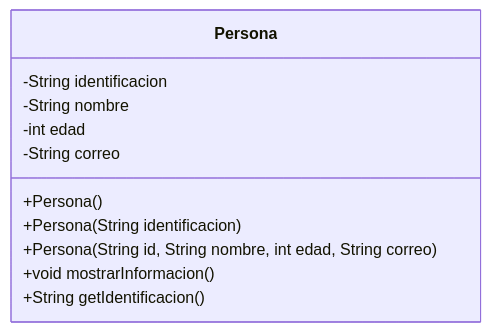
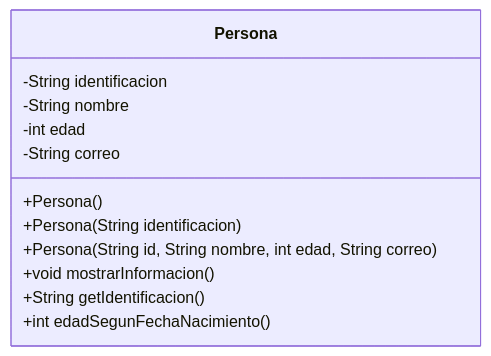
Before and after one commit to uniajc-gperezm/maven-repo-411: the first of 2 diagrams in PERSONA.md, drawn with Mermaid. The commit also changed other lines of this file and 1 other file, not shown here.

Commit message:
feat: añade un método para devolver la edad de la persona en años segun su fecha de nacimiento y actualiza el diagrama de clase para incluir el nuevo método

````diff
--- a/PERSONA.md
+++ b/PERSONA.md
@@ -3,14 +3,15 @@
 ```mermaid
 classDiagram
 	class Persona {
 		-String identificacion
 		-String nombre
 		-int edad
 		-String correo
 		+Persona()
 		+Persona(String identificacion)
 		+Persona(String id, String nombre, int edad, String correo)
 		+void mostrarInformacion()
 		+String getIdentificacion()
+		+int edadSegunFechaNacimiento()
 	}
 ```
````
